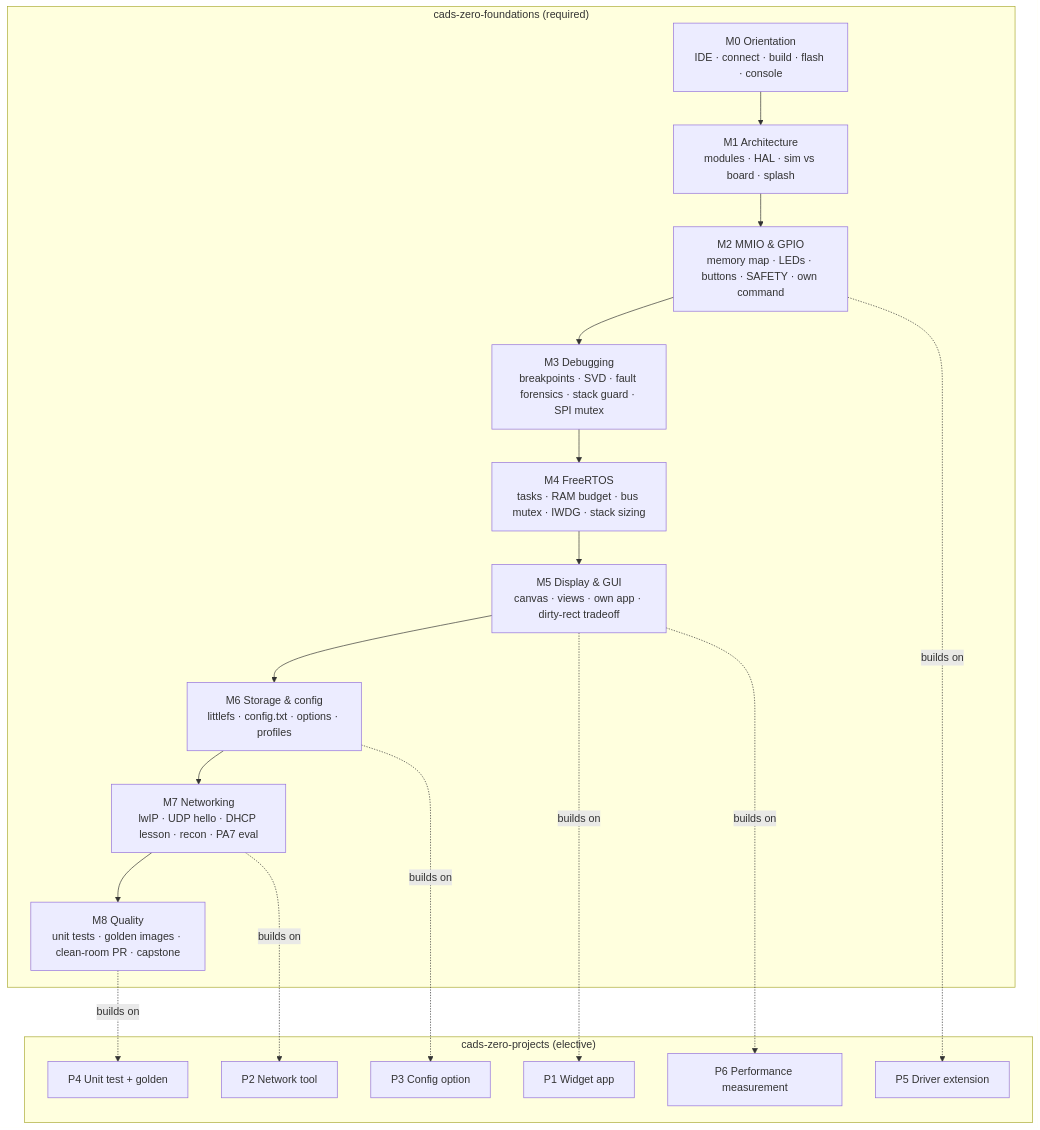
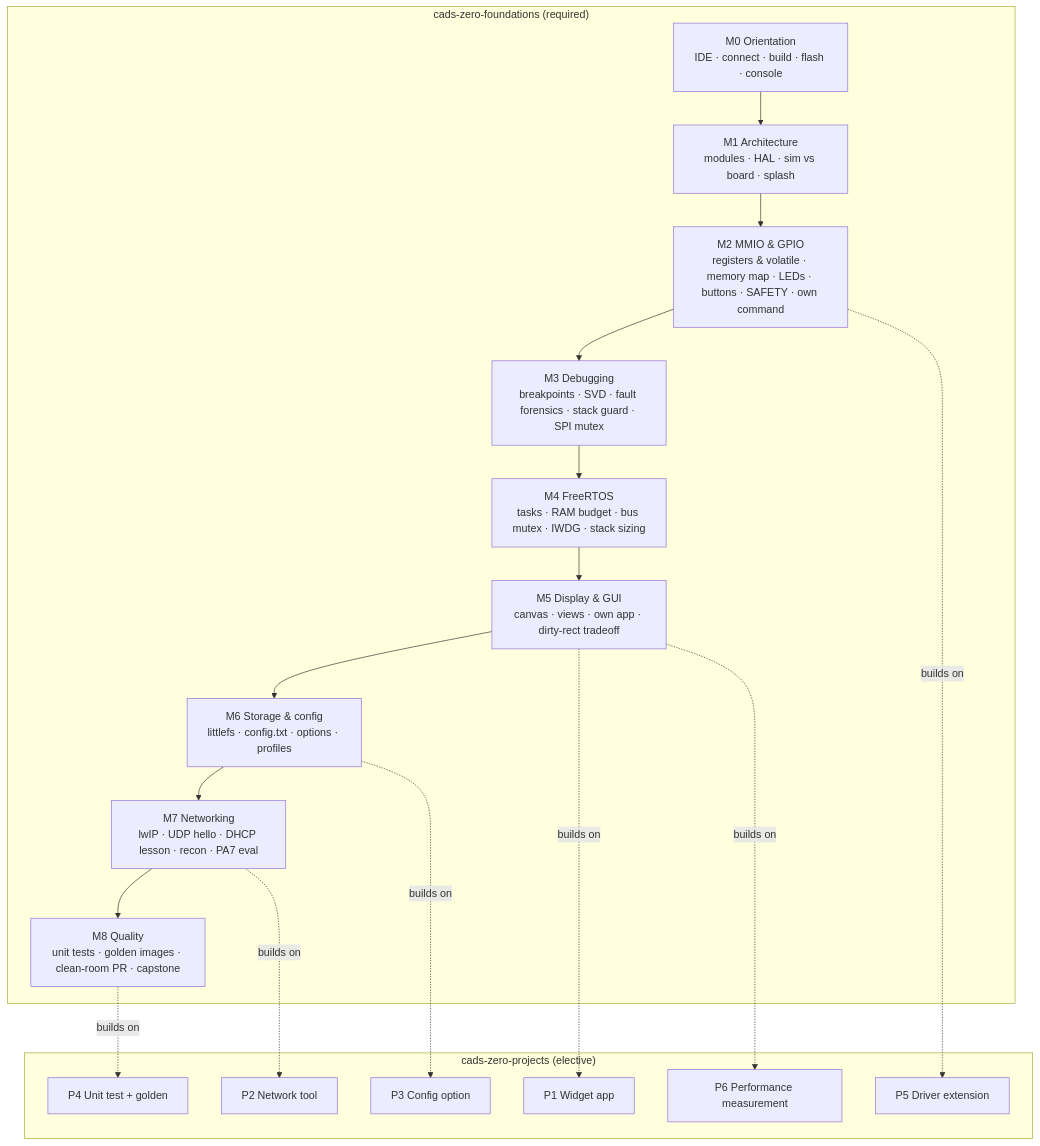
One commit to scimbe/CADS-DEMO-firmware-lab changed the diagram in courses/README.md. Above: the diagram before and after it, drawn with Mermaid. The commit also changed other lines of this file and 3 other files, not shown here.

````diff
--- a/courses/README.md
+++ b/courses/README.md
@@ -19,31 +27,31 @@
 ```mermaid
 graph TD
   subgraph Foundations["cads-zero-foundations (required)"]
     M0["M0 Orientation<br/>IDE · connect · build · flash · console"]
     M1["M1 Architecture<br/>modules · HAL · sim vs board · splash"]
-    M2["M2 MMIO & GPIO<br/>memory map · LEDs · buttons · SAFETY · own command"]
+    M2["M2 MMIO & GPIO<br/>registers &amp; volatile · memory map · LEDs · buttons · SAFETY · own command"]
     M3["M3 Debugging<br/>breakpoints · SVD · fault forensics · stack guard · SPI mutex"]
     M4["M4 FreeRTOS<br/>tasks · RAM budget · bus mutex · IWDG · stack sizing"]
     M5["M5 Display & GUI<br/>canvas · views · own app · dirty-rect tradeoff"]
     M6["M6 Storage & config<br/>littlefs · config.txt · options · profiles"]
     M7["M7 Networking<br/>lwIP · UDP hello · DHCP lesson · recon · PA7 eval"]
     M8["M8 Quality<br/>unit tests · golden images · clean-room PR · capstone"]
     M0 --> M1 --> M2 --> M3 --> M4 --> M5 --> M6 --> M7 --> M8
   end
 
   subgraph Projects["cads-zero-projects (elective)"]
     P1["P1 Widget app"]
     P2["P2 Network tool"]
     P3["P3 Config option"]
     P4["P4 Unit test + golden"]
     P5["P5 Driver extension"]
     P6["P6 Performance measurement"]
   end
 
   M5 -. builds on .-> P1
   M7 -. builds on .-> P2
   M6 -. builds on .-> P3
   M8 -. builds on .-> P4
   M2 -. builds on .-> P5
   M5 -. builds on .-> P6
 ```
````
